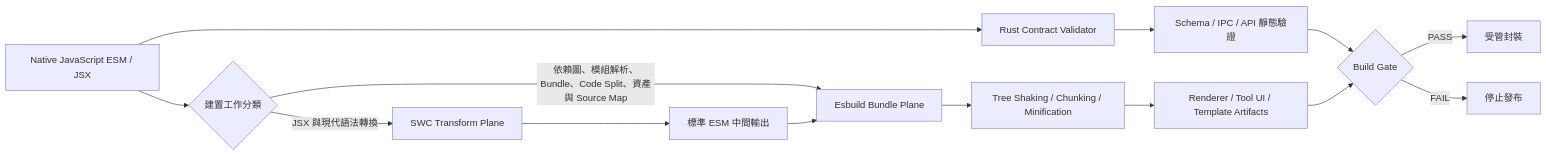
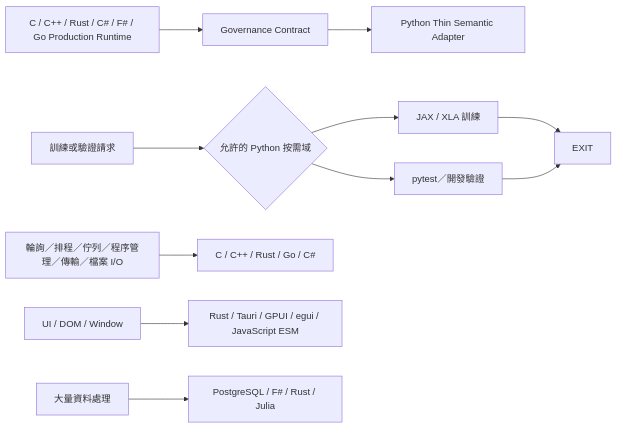
The first of 5 diagrams in governance_rule/codex/architecture-languages.md (guilty442-source/GPTBridge), drawn with Mermaid before and after one commit. The commit also changed other lines of this file and 62 other files, not shown here.

````diff
--- a/governance_rule/codex/architecture-languages.md
+++ b/governance_rule/codex/architecture-languages.md
@@ -70,20 +26,14 @@
 ```mermaid
 flowchart LR
-  SRC[Native JavaScript ESM / JSX]
-  SRC --> CLASSIFY{建置工作分類}
+  RUNTIME[C / C++ / Rust / C# / F# / Go Production Runtime] --> CONTRACT[Governance Contract]
+  CONTRACT --> GOV[Python Thin Semantic Adapter]
+  REQUEST[訓練或驗證請求] --> DOMAIN{允許的 Python 按需域}
+  DOMAIN --> TRAIN[JAX / XLA 訓練]
+  DOMAIN --> VERIFY[pytest／開發驗證]
+  TRAIN --> EXIT
+  VERIFY --> EXIT
 
-  CLASSIFY -->|JSX 與現代語法轉換| SWC[SWC Transform Plane]
-  CLASSIFY -->|依賴圖、模組解析、Bundle、Code Split、資產與 Source Map| ESB[Esbuild Bundle Plane]
-
-  SWC --> IR[標準 ESM 中間輸出]
-  IR --> ESB
-  ESB --> OPT[Tree Shaking / Chunking / Minification]
-  OPT --> OUT[Renderer / Tool UI / Template Artifacts]
-
-  VALIDATE[Rust Contract Validator] --> TYPECHECK[Schema / IPC / API 靜態驗證]
-  SRC --> VALIDATE
-  TYPECHECK --> GATE{Build Gate}
-  OUT --> GATE
-  GATE -->|PASS| PACKAGE[受管封裝]
-  GATE -->|FAIL| CLOSED[停止發布]
+  MECH[輪詢／排程／佇列／程序管理／傳輸／檔案 I/O] --> NATIVE[C / C++ / Rust / Go / C#]
+  UI[UI / DOM / Window] --> RUSTUI[Rust / Tauri / GPUI / egui / JavaScript ESM]
+  DATA[大量資料處理] --> DATAOWNER[PostgreSQL / F# / Rust / Julia]
 ```
````
